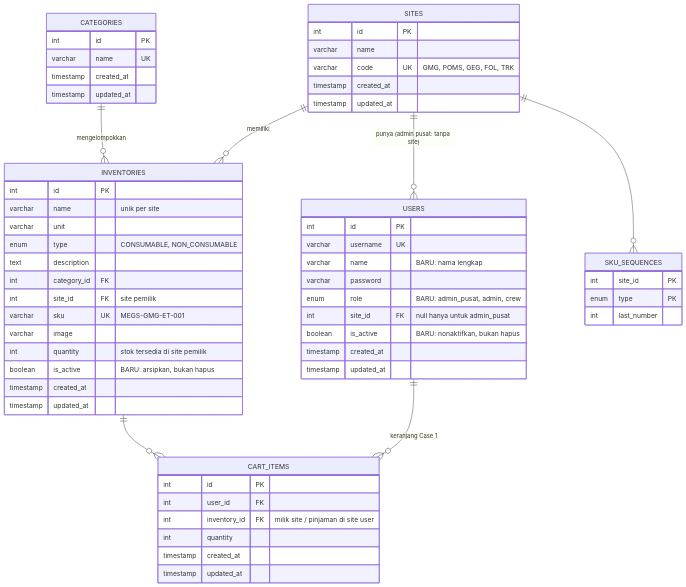
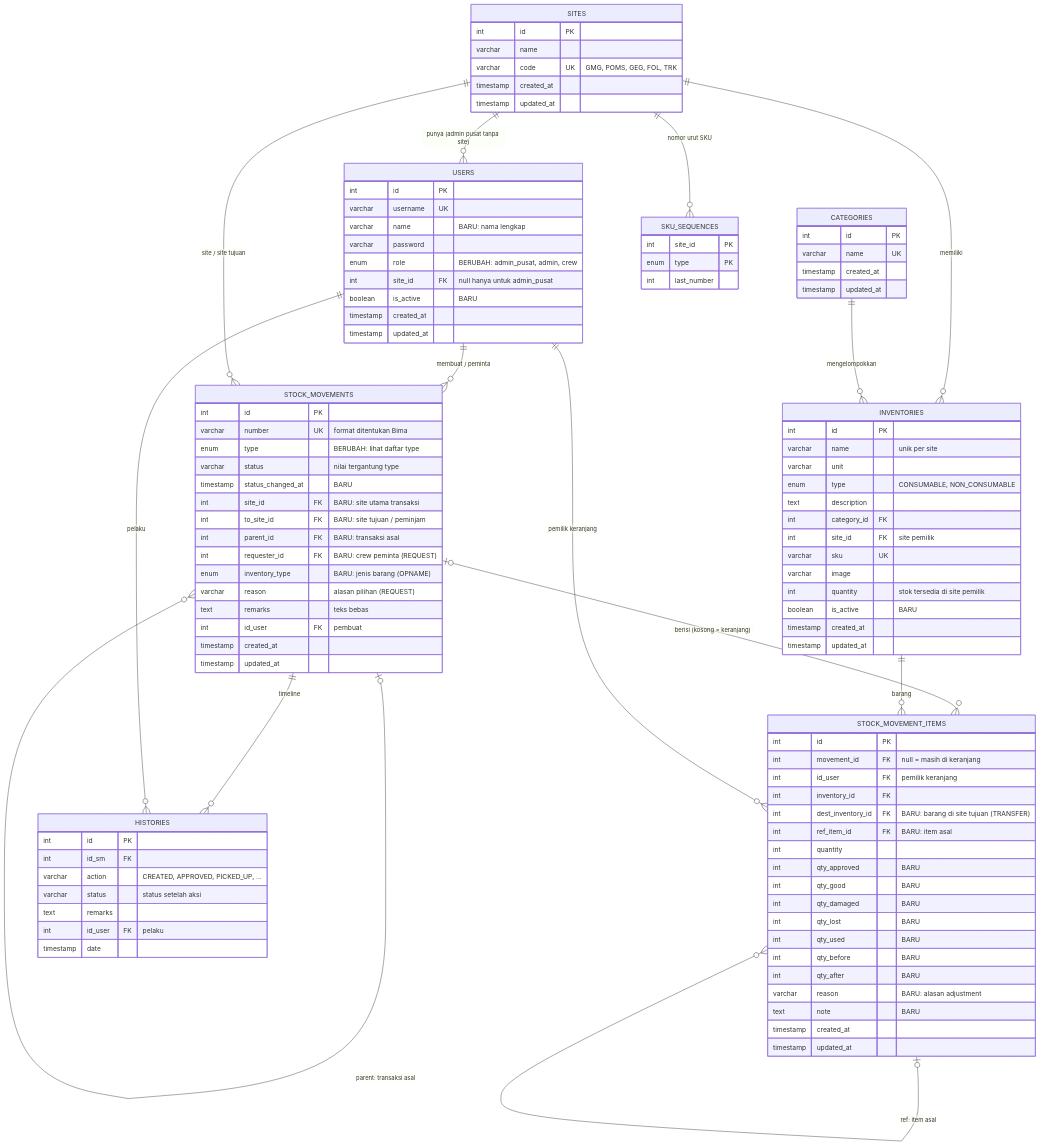
The diagram in docs/erd.md (bimaandika/inventory-app), drawn with Mermaid before and after one commit. The commit also changed other lines of this file, not shown here.

First line of the commit message:
ERD versi sederhana (disetujui): perluasan ERD lama

````diff
--- a/docs/erd.md
+++ b/docs/erd.md
@@ -43,11 +9,18 @@
 ```mermaid
 erDiagram
-  SITES ||--o{ USERS : "punya (admin pusat: tanpa site)"
+  SITES ||--o{ USERS : "punya (admin pusat tanpa site)"
   SITES ||--o{ INVENTORIES : "memiliki"
   CATEGORIES ||--o{ INVENTORIES : "mengelompokkan"
-  SITES ||--o{ SKU_SEQUENCES : ""
-  USERS ||--o{ CART_ITEMS : "keranjang Case 1"
-  INVENTORIES ||--o{ CART_ITEMS : ""
+  SITES ||--o{ SKU_SEQUENCES : "nomor urut SKU"
+  USERS ||--o{ STOCK_MOVEMENTS : "membuat / peminta"
+  SITES ||--o{ STOCK_MOVEMENTS : "site / site tujuan"
+  STOCK_MOVEMENTS |o--o{ STOCK_MOVEMENTS : "parent: transaksi asal"
+  STOCK_MOVEMENTS |o--o{ STOCK_MOVEMENT_ITEMS : "berisi (kosong = keranjang)"
+  STOCK_MOVEMENT_ITEMS |o--o{ STOCK_MOVEMENT_ITEMS : "ref: item asal"
+  INVENTORIES ||--o{ STOCK_MOVEMENT_ITEMS : "barang"
+  USERS ||--o{ STOCK_MOVEMENT_ITEMS : "pemilik keranjang"
+  STOCK_MOVEMENTS ||--o{ HISTORIES : "timeline"
+  USERS ||--o{ HISTORIES : "pelaku"
 
   SITES {
     int id PK
@@ -61,9 +34,9 @@
     varchar username UK
     varchar name "BARU: nama lengkap"
     varchar password
-    enum role "BARU: admin_pusat, admin, crew"
+    enum role "BERUBAH: admin_pusat, admin, crew"
     int site_id FK "null hanya untuk admin_pusat"
-    boolean is_active "BARU: nonaktifkan, bukan hapus"
+    boolean is_active "BARU"
     timestamp created_at
     timestamp updated_at
   }
@@ -81,10 +54,10 @@
     text description
     int category_id FK
     int site_id FK "site pemilik"
-    varchar sku UK "MEGS-GMG-ET-001"
+    varchar sku UK
     varchar image
     int quantity "stok tersedia di site pemilik"
-    boolean is_active "BARU: arsipkan, bukan hapus"
+    boolean is_active "BARU"
     timestamp created_at
     timestamp updated_at
   }
@@ -93,12 +66,50 @@
     enum type PK
     int last_number
   }
-  CART_ITEMS {
+  STOCK_MOVEMENTS {
     int id PK
-    int user_id FK
-    int inventory_id FK "milik site / pinjaman di site user"
-    int quantity
+    varchar number UK "format ditentukan Bima"
+    enum type "BERUBAH: lihat daftar type"
+    varchar status "nilai tergantung type"
+    timestamp status_changed_at "BARU"
+    int site_id FK "BARU: site utama transaksi"
+    int to_site_id FK "BARU: site tujuan / peminjam"
+    int parent_id FK "BARU: transaksi asal"
+    int requester_id FK "BARU: crew peminta (REQUEST)"
+    enum inventory_type "BARU: jenis barang (OPNAME)"
+    varchar reason "alasan pilihan (REQUEST)"
+    text remarks "teks bebas"
+    int id_user FK "pembuat"
     timestamp created_at
     timestamp updated_at
   }
+  STOCK_MOVEMENT_ITEMS {
+    int id PK
+    int movement_id FK "null = masih di keranjang"
+    int id_user FK "pemilik keranjang"
+    int inventory_id FK
+    int dest_inventory_id FK "BARU: barang di site tujuan (TRANSFER)"
+    int ref_item_id FK "BARU: item asal"
+    int quantity
+    int qty_approved "BARU"
+    int qty_good "BARU"
+    int qty_damaged "BARU"
+    int qty_lost "BARU"
+    int qty_used "BARU"
+    int qty_before "BARU"
+    int qty_after "BARU"
+    varchar reason "BARU: alasan adjustment"
+    text note "BARU"
+    timestamp created_at
+    timestamp updated_at
+  }
+  HISTORIES {
+    int id PK
+    int id_sm FK
+    varchar action "CREATED, APPROVED, PICKED_UP, ..."
+    varchar status "status setelah aksi"
+    text remarks
+    int id_user FK "pelaku"
+    timestamp date
+  }
 ```
````
